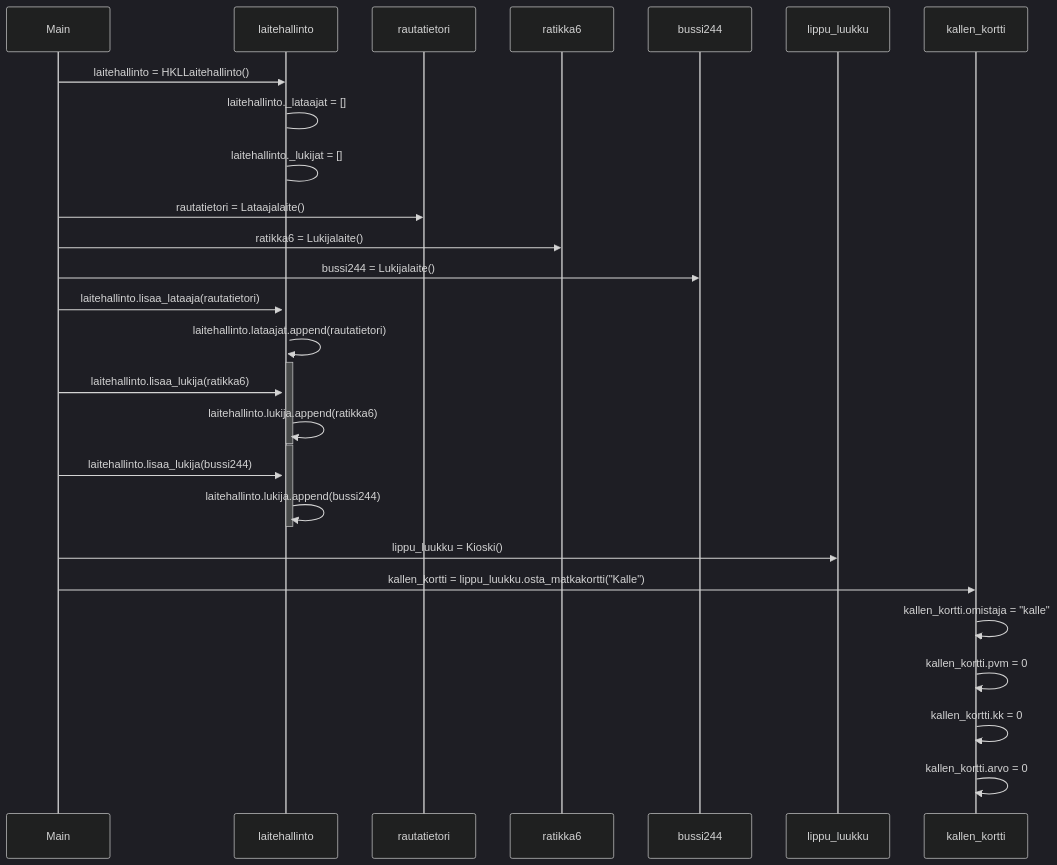
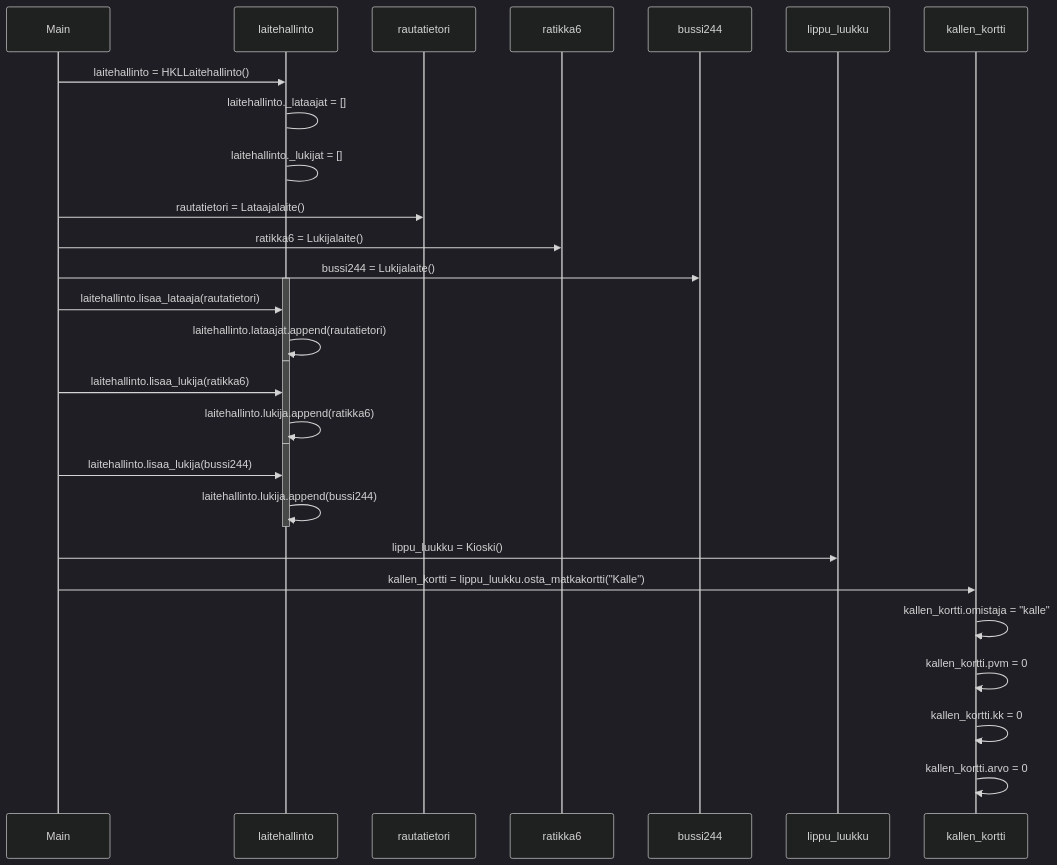
One commit to EeroAnt/ot-harjoitusty- changed the diagram in laskarit/viikko3/matkakorttisekvenssikaavio.md. Above: the diagram before and after it, drawn with Mermaid (dark theme). The commit also changed 1 other file, not shown here.

Commit message:
t4 v0.0321

````diff
--- a/laskarit/viikko3/matkakorttisekvenssikaavio.md
+++ b/laskarit/viikko3/matkakorttisekvenssikaavio.md
@@ -1,34 +1,35 @@
 ```mermaid
 sequenceDiagram
   participant Main
   participant laitehallinto
   participant rautatietori
   participant ratikka6
   participant bussi244
   participant lippu_luukku
   participant kallen_kortti
   Main->>laitehallinto: laitehallinto = HKLLaitehallinto()
   laitehallinto->laitehallinto: laitehallinto._lataajat = []
   laitehallinto->laitehallinto: laitehallinto._lukijat = []
   Main->>rautatietori: rautatietori = Lataajalaite()
   Main->>ratikka6: ratikka6 = Lukijalaite()
   Main->>bussi244: bussi244 = Lukijalaite()
   activate laitehallinto
   Main->>laitehallinto: laitehallinto.lisaa_lataaja(rautatietori)
   laitehallinto->>laitehallinto: laitehallinto.lataajat.append(rautatietori)
+  deactivate laitehallinto
   activate laitehallinto
   Main->>laitehallinto: laitehallinto.lisaa_lukija(ratikka6)
   laitehallinto->>laitehallinto: laitehallinto.lukija.append(ratikka6)
   deactivate laitehallinto
   activate laitehallinto
   Main->>laitehallinto: laitehallinto.lisaa_lukija(bussi244)
   laitehallinto->>laitehallinto: laitehallinto.lukija.append(bussi244)
   deactivate laitehallinto
   Main->>lippu_luukku: lippu_luukku = Kioski()
   Main->>kallen_kortti: kallen_kortti = lippu_luukku.osta_matkakortti("Kalle")
   kallen_kortti->>kallen_kortti: kallen_kortti.omistaja = "kalle"
   kallen_kortti->>kallen_kortti: kallen_kortti.pvm = 0
   kallen_kortti->>kallen_kortti: kallen_kortti.kk = 0
   kallen_kortti->>kallen_kortti: kallen_kortti.arvo = 0
 
 ```
````
